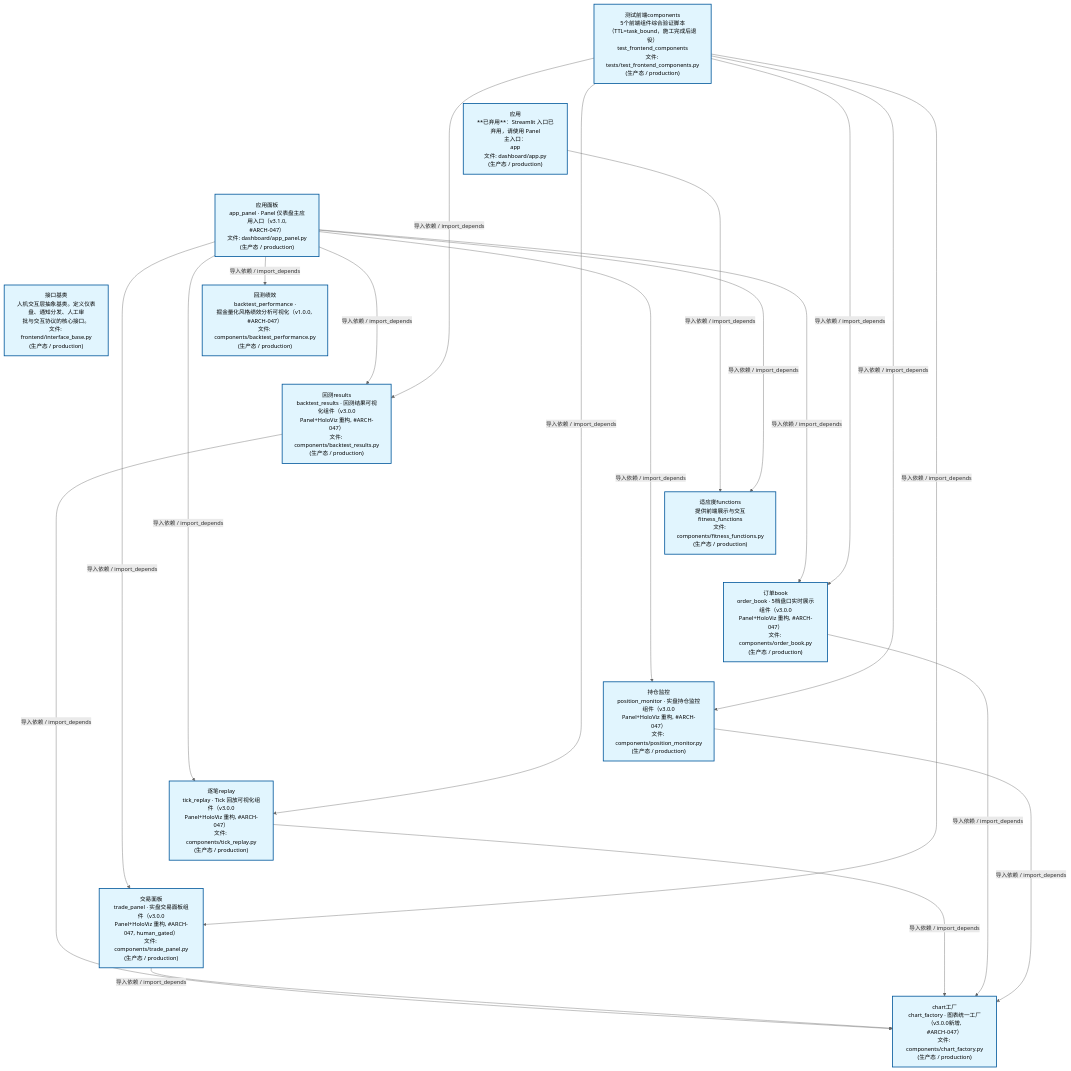
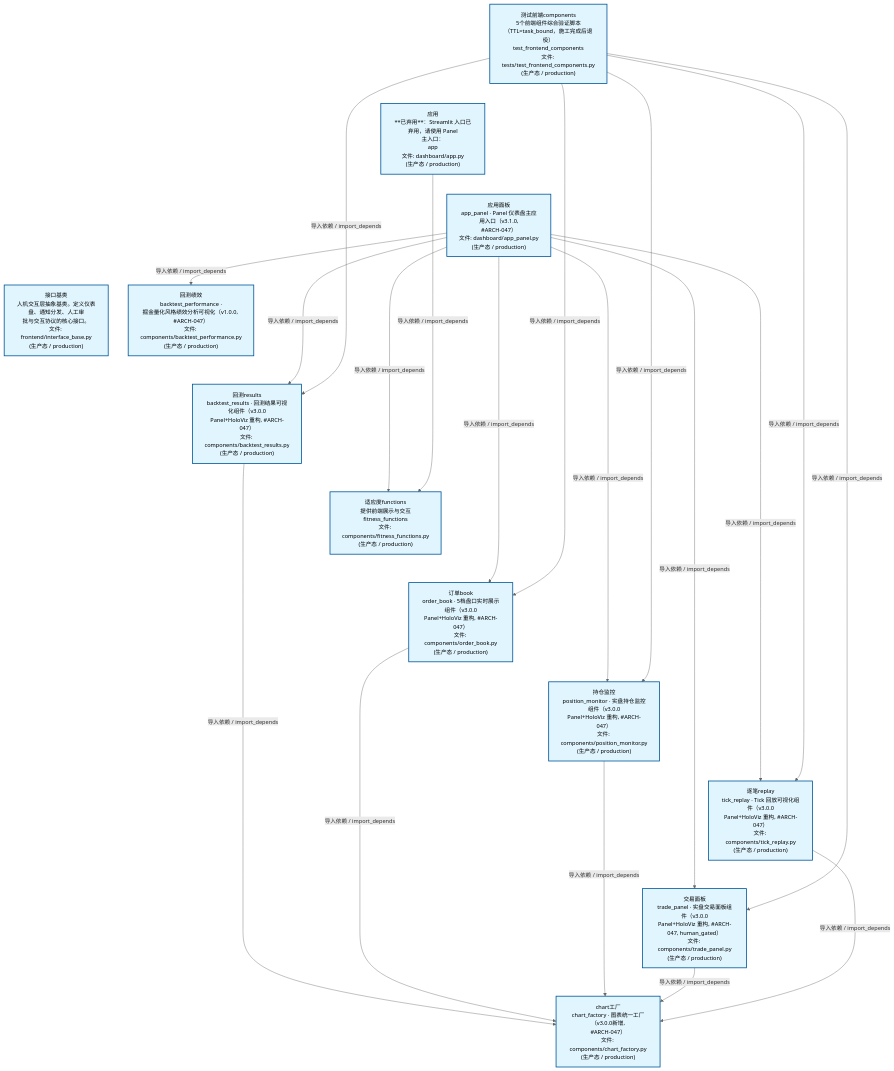
The second of 4 diagrams in docs/02_enterprise_architecture/02_domain_architecture_docs/47_d_frontend.md (xuanFelixVan/ZephyrAlpha), drawn with Mermaid before and after one commit. The commit also changed other lines of this file and 44 other files, not shown here.

````diff
--- a/docs/02_enterprise_architecture/02_domain_architecture_docs/47_d_frontend.md
+++ b/docs/02_enterprise_architecture/02_domain_architecture_docs/47_d_frontend.md
@@ -124,48 +124,48 @@
 ```mermaid
 %%{init: {'theme': 'base', 'themeVariables': {'primaryColor': '#eaeaea', 'primaryTextColor': '#333333', 'primaryBorderColor': '#666666', 'lineColor': '#666666', 'secondaryColor': '#eaeaea', 'tertiaryColor': '#eaeaea', 'fontSize': '14px'}}}%%
 flowchart TD
     scripts_tests_test_frontend_components_py["测试前端components<br/>5个前端组件综合验证脚本<br/>（TTL=task_bound，施工完成后退役）<br/>test_frontend_components<br/>文件: tests/test_frontend_components.py<br/>(生产态 / production)"]
     src_zephyr_frontend_dashboard_app_py["应用<br/>**已弃用**：Streamlit 入口已弃用，请使用 Panel<br/>主入口：<br/>app<br/>文件: dashboard/app.py<br/>(生产态 / production)"]
     src_zephyr_frontend_dashboard_app_panel_py["应用面板<br/>app_panel · Panel 仪表盘主应用入口（v3.1.0,<br/>#ARCH-047）<br/>文件: dashboard/app_panel.py<br/>(生产态 / production)"]
     src_zephyr_frontend_interface_base_py["接口基类<br/>人机交互层抽象基类。定义仪表盘、通知分发、人工审<br/>批与交互协议的核心接口。<br/>文件: frontend/interface_base.py<br/>(生产态 / production)"]
     scripts_tests_test_frontend_components_py ~~~ src_zephyr_frontend_dashboard_app_py
     src_zephyr_frontend_dashboard_app_py ~~~ src_zephyr_frontend_dashboard_app_panel_py
     src_zephyr_frontend_dashboard_app_panel_py ~~~ src_zephyr_frontend_interface_base_py
     src_zephyr_frontend_dashboard_components_backtest_performance_py["回测绩效<br/>backtest_performance ·<br/>掘金量化风格绩效分析可视化（v1.0.0, #ARCH-047）<br/>文件: components/backtest_performance.py<br/>(生产态 / production)"]
     src_zephyr_frontend_dashboard_components_backtest_results_py["回测results<br/>backtest_results · 回测结果可视化组件（v3.0.0<br/>Panel+HoloViz 重构, #ARCH-047）<br/>文件: components/backtest_results.py<br/>(生产态 / production)"]
     src_zephyr_frontend_dashboard_components_fitness_functions_py["适应度functions<br/>提供前端展示与交互<br/>fitness_functions<br/>文件: components/fitness_functions.py<br/>(生产态 / production)"]
     src_zephyr_frontend_dashboard_components_order_book_py["订单book<br/>order_book · 5档盘口实时展示组件（v3.0.0<br/>Panel+HoloViz 重构, #ARCH-047）<br/>文件: components/order_book.py<br/>(生产态 / production)"]
     src_zephyr_frontend_dashboard_components_position_monitor_py["持仓监控<br/>position_monitor · 实盘持仓监控组件（v3.0.0<br/>Panel+HoloViz 重构, #ARCH-047）<br/>文件: components/position_monitor.py<br/>(生产态 / production)"]
     src_zephyr_frontend_dashboard_components_tick_replay_py["逐笔replay<br/>tick_replay · Tick 回放可视化组件（v3.0.0<br/>Panel+HoloViz 重构, #ARCH-047）<br/>文件: components/tick_replay.py<br/>(生产态 / production)"]
     src_zephyr_frontend_dashboard_components_trade_panel_py["交易面板<br/>trade_panel · 实盘交易面板组件（v3.0.0<br/>Panel+HoloViz 重构, #ARCH-047, human_gated）<br/>文件: components/trade_panel.py<br/>(生产态 / production)"]
     src_zephyr_frontend_dashboard_components_backtest_performance_py ~~~ src_zephyr_frontend_dashboard_components_backtest_results_py
     src_zephyr_frontend_dashboard_components_backtest_results_py ~~~ src_zephyr_frontend_dashboard_components_fitness_functions_py
     src_zephyr_frontend_dashboard_components_fitness_functions_py ~~~ src_zephyr_frontend_dashboard_components_order_book_py
     src_zephyr_frontend_dashboard_components_order_book_py ~~~ src_zephyr_frontend_dashboard_components_position_monitor_py
     src_zephyr_frontend_dashboard_components_position_monitor_py ~~~ src_zephyr_frontend_dashboard_components_tick_replay_py
     src_zephyr_frontend_dashboard_components_tick_replay_py ~~~ src_zephyr_frontend_dashboard_components_trade_panel_py
     src_zephyr_frontend_dashboard_components_chart_factory_py["chart工厂<br/>chart_factory · 图表统一工厂（v3.0.0新增,<br/>#ARCH-047）<br/>文件: components/chart_factory.py<br/>(生产态 / production)"]
-    src_zephyr_frontend_dashboard_components_backtest_results_py -->|导入依赖 / import_depends| src_zephyr_frontend_dashboard_components_chart_factory_py
-    src_zephyr_frontend_dashboard_app_py -->|导入依赖 / import_depends| src_zephyr_frontend_dashboard_components_fitness_functions_py
-    src_zephyr_frontend_dashboard_app_panel_py -->|导入依赖 / import_depends| src_zephyr_frontend_dashboard_components_backtest_results_py
     src_zephyr_frontend_dashboard_app_panel_py -->|导入依赖 / import_depends| src_zephyr_frontend_dashboard_components_fitness_functions_py
     src_zephyr_frontend_dashboard_app_panel_py -->|导入依赖 / import_depends| src_zephyr_frontend_dashboard_components_backtest_performance_py
+    src_zephyr_frontend_dashboard_app_panel_py -->|导入依赖 / import_depends| src_zephyr_frontend_dashboard_components_backtest_results_py
+    src_zephyr_frontend_dashboard_app_panel_py -->|导入依赖 / import_depends| src_zephyr_frontend_dashboard_components_order_book_py
+    src_zephyr_frontend_dashboard_app_panel_py -->|导入依赖 / import_depends| src_zephyr_frontend_dashboard_components_position_monitor_py
     src_zephyr_frontend_dashboard_app_panel_py -->|导入依赖 / import_depends| src_zephyr_frontend_dashboard_components_trade_panel_py
     src_zephyr_frontend_dashboard_app_panel_py -->|导入依赖 / import_depends| src_zephyr_frontend_dashboard_components_tick_replay_py
-    src_zephyr_frontend_dashboard_app_panel_py -->|导入依赖 / import_depends| src_zephyr_frontend_dashboard_components_order_book_py
-    src_zephyr_frontend_dashboard_app_panel_py -->|导入依赖 / import_depends| src_zephyr_frontend_dashboard_components_position_monitor_py
+    src_zephyr_frontend_dashboard_app_py -->|导入依赖 / import_depends| src_zephyr_frontend_dashboard_components_fitness_functions_py
+    src_zephyr_frontend_dashboard_components_backtest_results_py -->|导入依赖 / import_depends| src_zephyr_frontend_dashboard_components_chart_factory_py
+    src_zephyr_frontend_dashboard_components_order_book_py -->|导入依赖 / import_depends| src_zephyr_frontend_dashboard_components_chart_factory_py
+    src_zephyr_frontend_dashboard_components_position_monitor_py -->|导入依赖 / import_depends| src_zephyr_frontend_dashboard_components_chart_factory_py
     src_zephyr_frontend_dashboard_components_trade_panel_py -->|导入依赖 / import_depends| src_zephyr_frontend_dashboard_components_chart_factory_py
     src_zephyr_frontend_dashboard_components_tick_replay_py -->|导入依赖 / import_depends| src_zephyr_frontend_dashboard_components_chart_factory_py
-    src_zephyr_frontend_dashboard_components_order_book_py -->|导入依赖 / import_depends| src_zephyr_frontend_dashboard_components_chart_factory_py
-    src_zephyr_frontend_dashboard_components_position_monitor_py -->|导入依赖 / import_depends| src_zephyr_frontend_dashboard_components_chart_factory_py
     scripts_tests_test_frontend_components_py -->|导入依赖 / import_depends| src_zephyr_frontend_dashboard_components_backtest_results_py
+    scripts_tests_test_frontend_components_py -->|导入依赖 / import_depends| src_zephyr_frontend_dashboard_components_order_book_py
+    scripts_tests_test_frontend_components_py -->|导入依赖 / import_depends| src_zephyr_frontend_dashboard_components_position_monitor_py
     scripts_tests_test_frontend_components_py -->|导入依赖 / import_depends| src_zephyr_frontend_dashboard_components_trade_panel_py
     scripts_tests_test_frontend_components_py -->|导入依赖 / import_depends| src_zephyr_frontend_dashboard_components_tick_replay_py
-    scripts_tests_test_frontend_components_py -->|导入依赖 / import_depends| src_zephyr_frontend_dashboard_components_order_book_py
-    scripts_tests_test_frontend_components_py -->|导入依赖 / import_depends| src_zephyr_frontend_dashboard_components_position_monitor_py
     classDef production fill:#e1f5fe,stroke:#01579b,stroke-width:2px,color:#000
     classDef design fill:#fff3e0,stroke:#e65100,stroke-width:2px,color:#000,stroke-dasharray: 5 5
     classDef external_prod fill:#e8f4fd,stroke:#0277bd,stroke-width:1px,color:#000
     classDef external_design fill:#fff8e7,stroke:#ef6c00,stroke-width:1px,color:#000,stroke-dasharray: 5 5
     class scripts_tests_test_frontend_components_py,src_zephyr_frontend_dashboard_app_py,src_zephyr_frontend_dashboard_app_panel_py,src_zephyr_frontend_dashboard_components_backtest_performance_py,src_zephyr_frontend_dashboard_components_backtest_results_py,src_zephyr_frontend_dashboard_components_chart_factory_py,src_zephyr_frontend_dashboard_components_fitness_functions_py,src_zephyr_frontend_dashboard_components_order_book_py,src_zephyr_frontend_dashboard_components_position_monitor_py,src_zephyr_frontend_dashboard_components_tick_replay_py,src_zephyr_frontend_dashboard_components_trade_panel_py,src_zephyr_frontend_interface_base_py production
 ```
````
